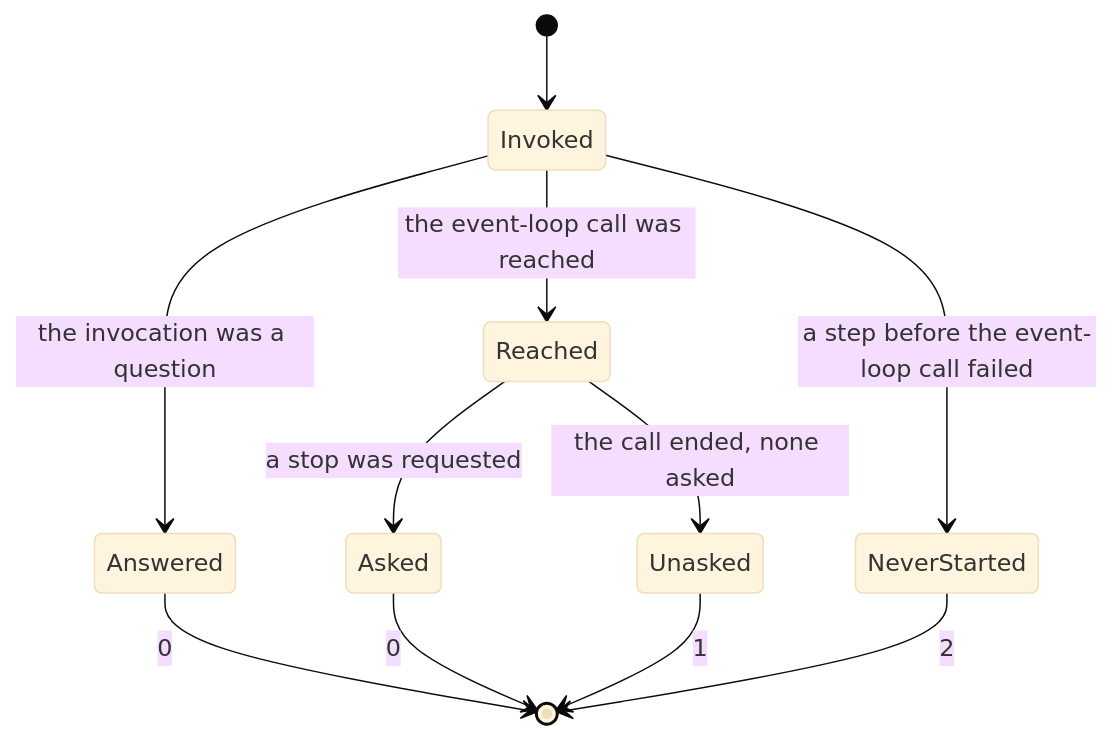
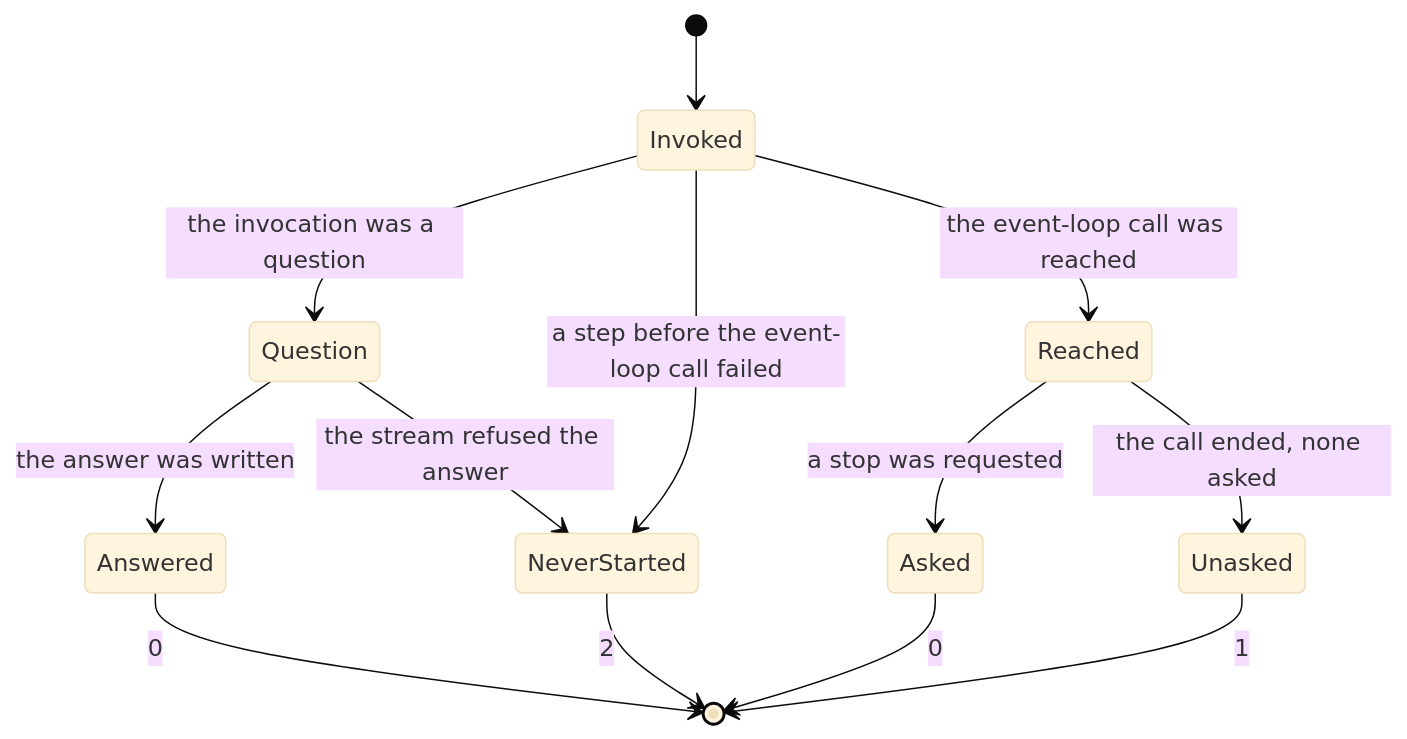
The diagram in docs/specs/004-process-exit-status.md (davidlee/goad), drawn with Mermaid (base theme) before and after one commit. The commit also changed other lines of this file, not shown here.

````diff
--- a/docs/specs/004-process-exit-status.md
+++ b/docs/specs/004-process-exit-status.md
@@ -144,13 +139,15 @@
 ```mermaid
 stateDiagram-v2
   [*] --> Invoked
-  Invoked --> Answered: the invocation was a question
+  Invoked --> Question: the invocation was a question
+  Question --> Answered: the answer was written
+  Question --> NeverStarted: the stream refused the answer
   Invoked --> NeverStarted: a step before the event-loop call failed
   Invoked --> Reached: the event-loop call was reached
   Reached --> Asked: a stop was requested
   Reached --> Unasked: the call ended, none asked
   Answered --> [*]: 0
   Asked --> [*]: 0
   Unasked --> [*]: 1
   NeverStarted --> [*]: 2
 ```
````
